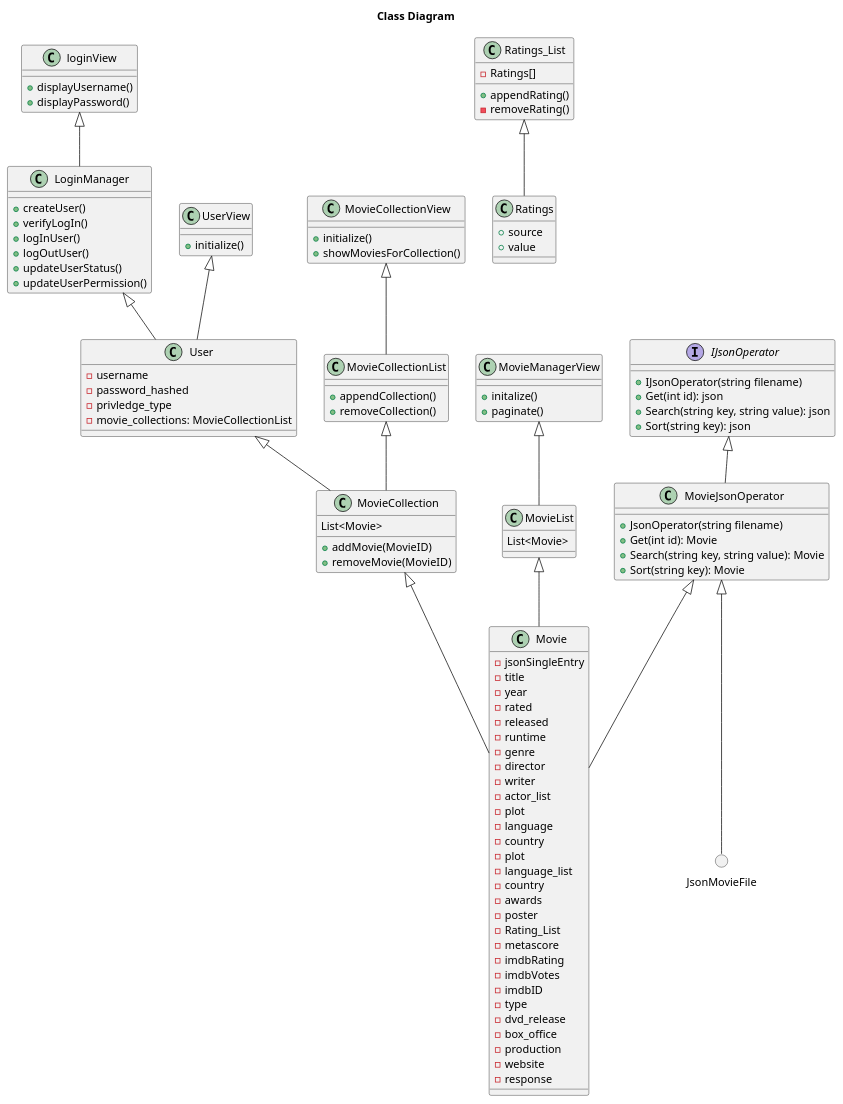
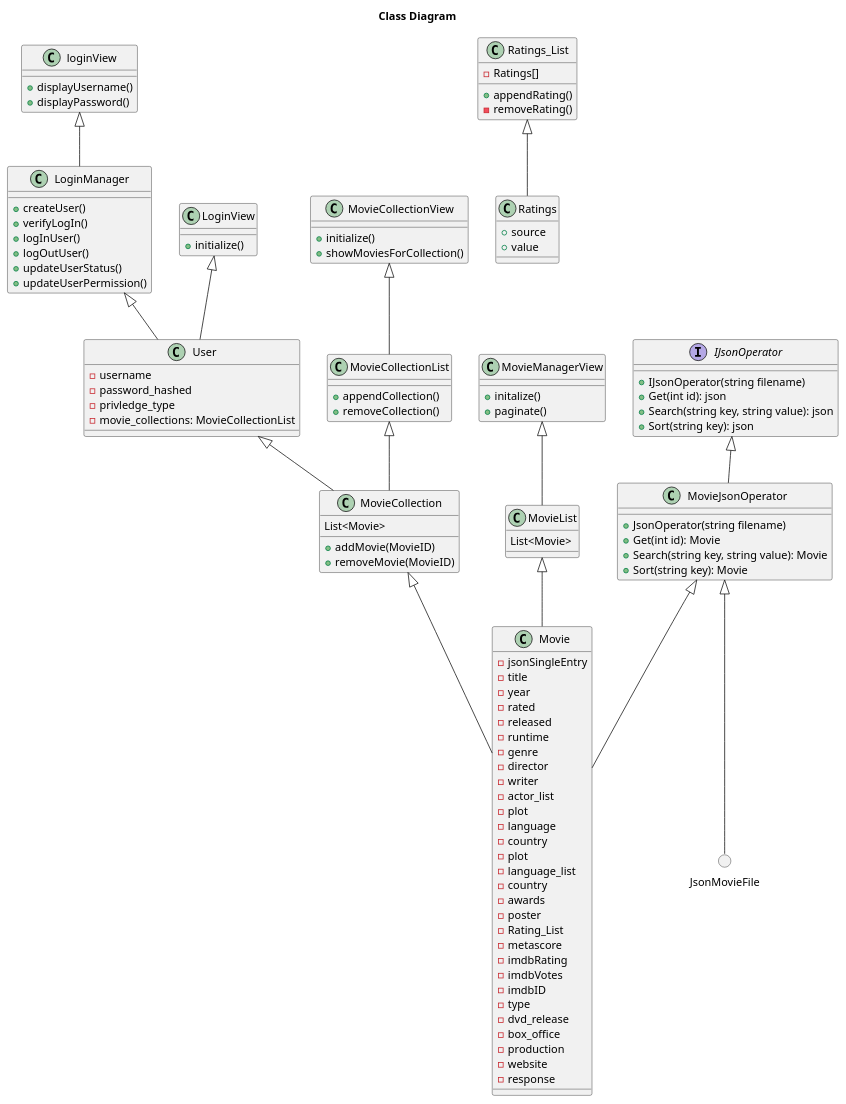
The diagram in docs/uml-diagram.md (robotcorner/CS-321-JavaTeamProjectTeam10), drawn with PlantUML before and after one commit. The commit also changed 4 other files, not shown here.

```diff
--- a/docs/uml-diagram.md
+++ b/docs/uml-diagram.md
@@ -76,7 +76,7 @@
   -movie_collections: MovieCollectionList
 }
 
-class UserView {
+class LoginView {
   +initialize()
 }
 
@@ -122,6 +122,6 @@
 MovieCollection <|-- Movie
 MovieJsonOperator <|-- Movie
 MovieJsonOperator <|-- JsonMovieFile
-UserView <|-- User
+LoginView <|-- User
 
 @enduml
```
